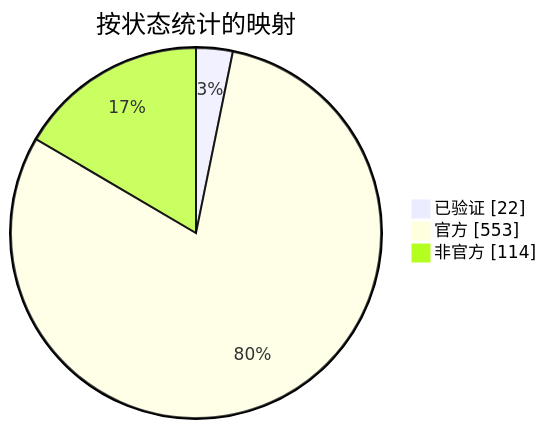
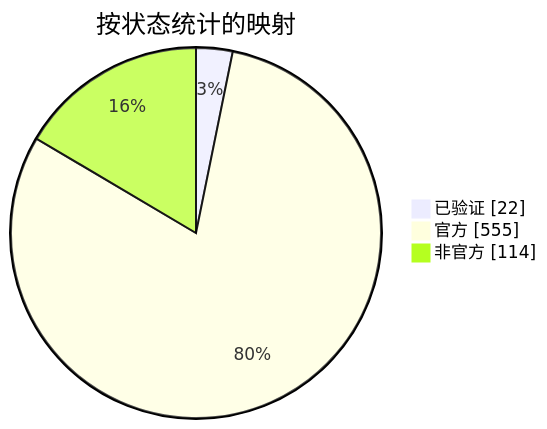
The diagram in docs/readme/README_ZHS.md (nobrega8/mbmap-library), drawn with Mermaid before and after one commit. The commit also changed 7 other files, not shown here.

````diff
--- a/docs/readme/README_ZHS.md
+++ b/docs/readme/README_ZHS.md
@@ -54,7 +54,7 @@
 ```mermaid
 pie showData
     title 按状态统计的映射
     "已验证" : 22
-    "官方" : 553
+    "官方" : 555
     "非官方" : 114
 ```
````
